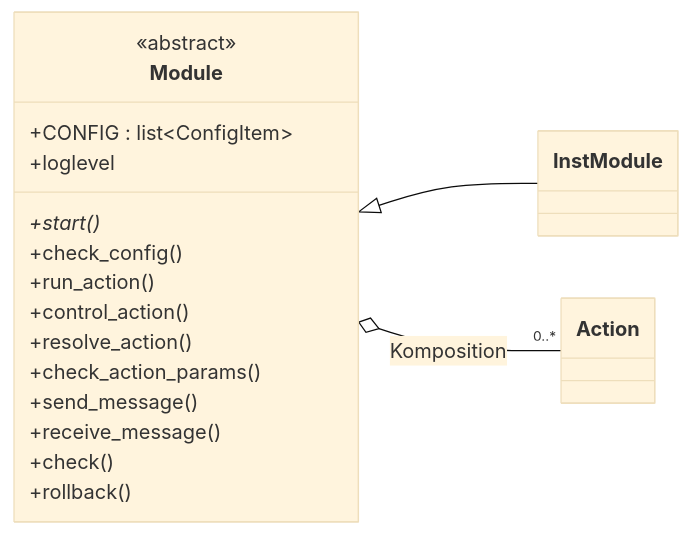
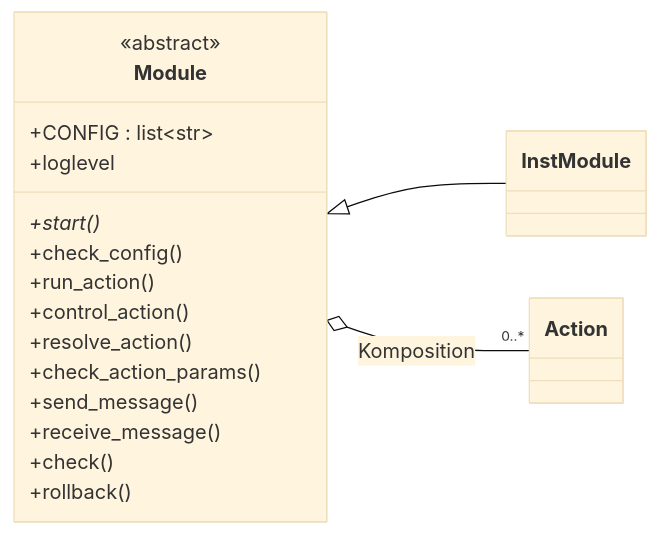
The third of 7 diagrams in docs/04_implementierungsplan.md (macodix/pifos), drawn with Mermaid (base theme) before and after one commit. The commit also changed other lines of this file, not shown here.

Commit message:
Konfig-/Parameter-Deklaration vereinfacht: CONFIG/PARAMS sind Namenslisten, ConfigItem entfaellt; check_pattern-Ablauf und name->pattern

````diff
--- a/docs/04_implementierungsplan.md
+++ b/docs/04_implementierungsplan.md
@@ -150,25 +150,25 @@
 ```mermaid
 classDiagram
     direction LR
 
     class Module {
         <<abstract>>
-        +CONFIG : list~ConfigItem~
+        +CONFIG : list~str~
         +loglevel
         +start()*
         +check_config()
         +run_action()
         +control_action()
         +resolve_action()
         +check_action_params()
         +send_message()
         +receive_message()
         +check()
         +rollback()
     }
     class InstModule
     class Action
 
     Module <|-- InstModule
     Module o-- "0..*" Action : Komposition
 ```
````
